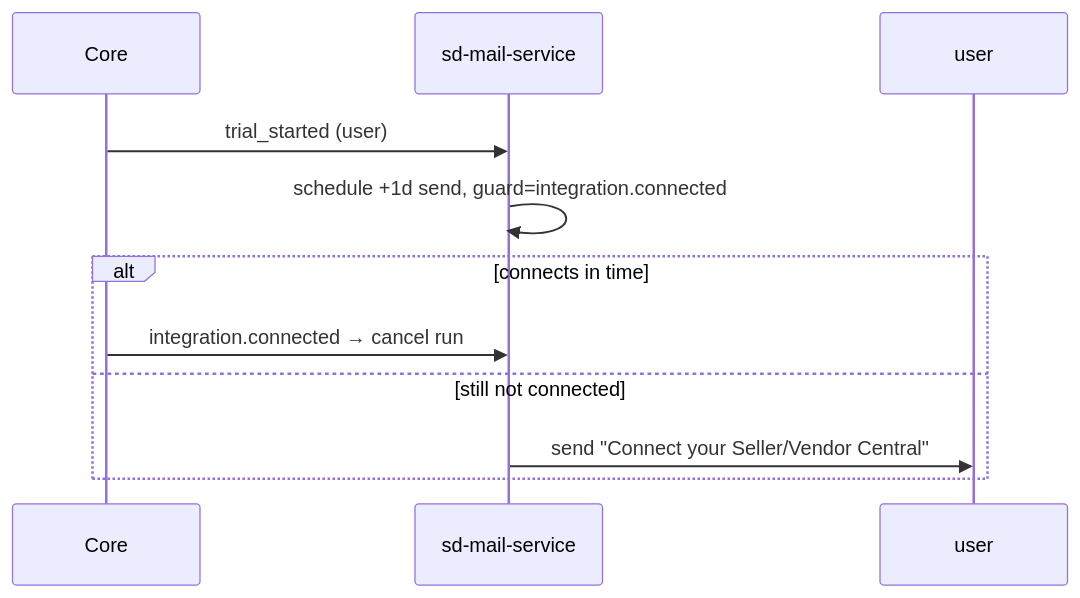
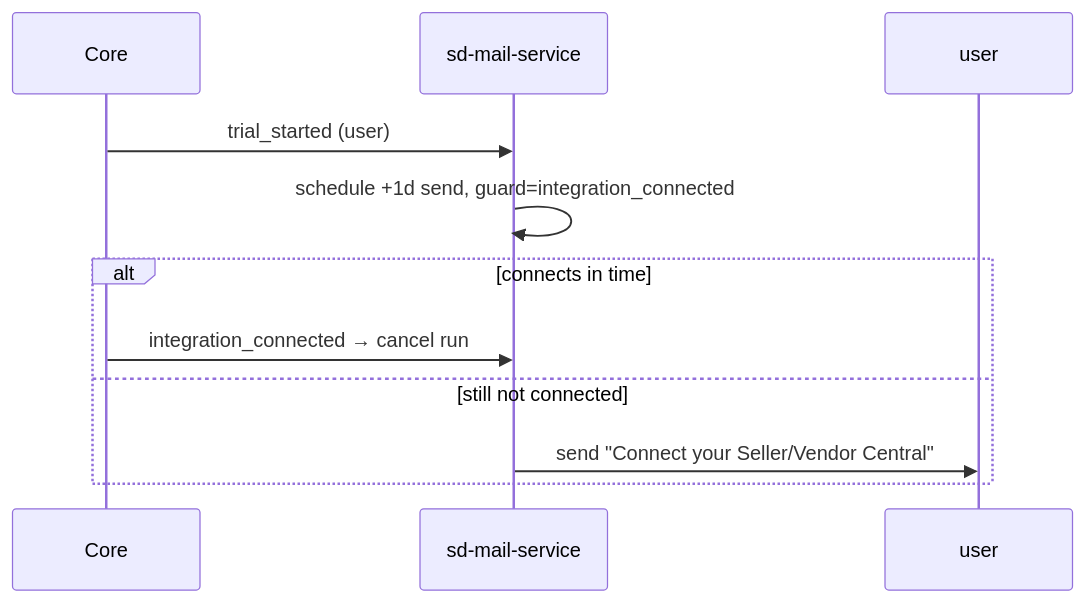
One commit to salesduo-arnav/sd-mail-service changed the first of 2 diagrams in docs/07-creative-studio-example.md. Above: the diagram before and after it, drawn with Mermaid. The commit also changed other lines of this file and 53 other files, not shown here.

````diff
--- a/docs/07-creative-studio-example.md
+++ b/docs/07-creative-studio-example.md
@@ -69,12 +71,12 @@
 ```mermaid
 sequenceDiagram
   participant Core
   participant N as sd-mail-service
   Core->>N: trial_started (user)
-  N->>N: schedule +1d send, guard=integration.connected
+  N->>N: schedule +1d send, guard=integration_connected
   alt connects in time
-    Core->>N: integration.connected → cancel run
+    Core->>N: integration_connected → cancel run
   else still not connected
     N->>user: send "Connect your Seller/Vendor Central"
   end
 ```
````
